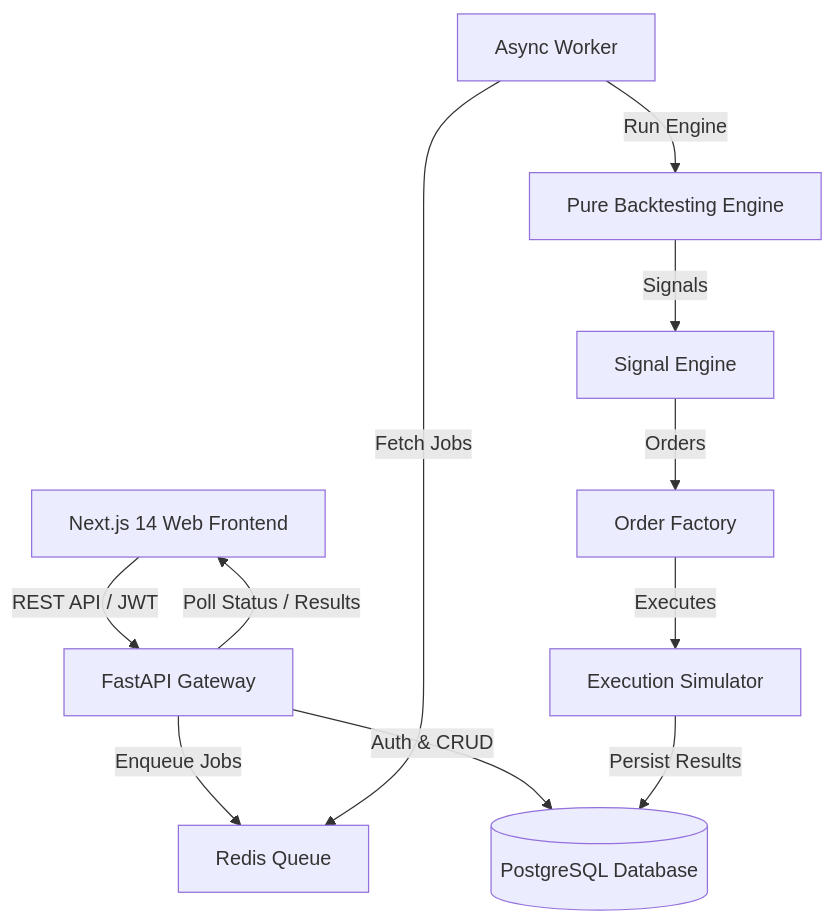
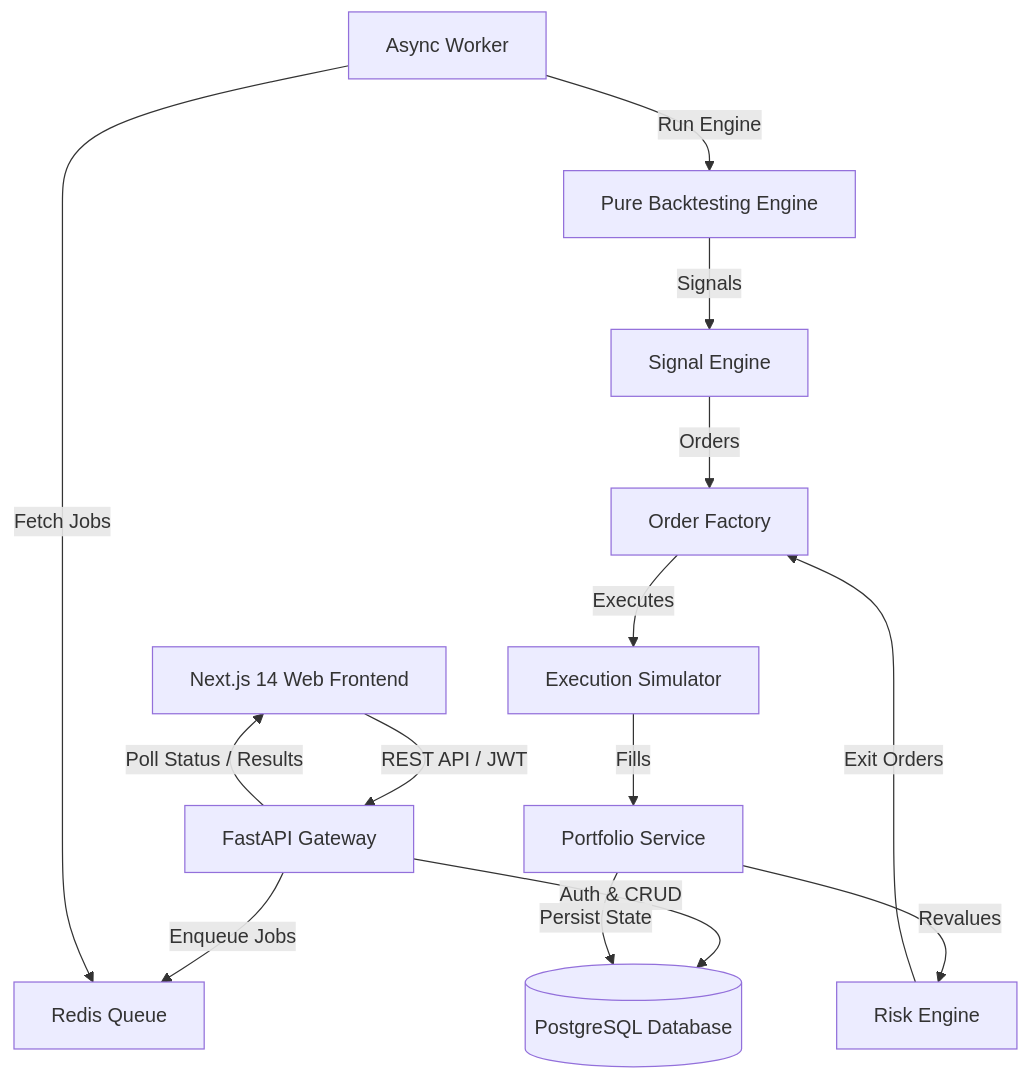
The diagram in README.md (Yuyutsu01/Bison), drawn with Mermaid before and after one commit. The commit also changed other lines of this file and 4 other files, not shown here.

Commit message:
docs: add Iteration 6 architecture, product specification, and 22-section implementation report

````diff
--- a/README.md
+++ b/README.md
@@ -26,13 +27,16 @@
 ```mermaid
 graph TD
     Client[Next.js 14 Web Frontend] -->|REST API / JWT| API[FastAPI Gateway]
     API -->|Auth & CRUD| DB[(PostgreSQL Database)]
     API -->|Enqueue Jobs| Queue[Redis Queue]
     Worker[Async Worker] -->|Fetch Jobs| Queue
     Worker -->|Run Engine| Engine[Pure Backtesting Engine]
     Engine -->|Signals| Signals[Signal Engine]
     Signals -->|Orders| Factory[Order Factory]
     Factory -->|Executes| ExecSim[Execution Simulator]
-    ExecSim -->|Persist Results| DB
+    ExecSim -->|Fills| Portfolio[Portfolio Service]
+    Portfolio -->|Revalues| Risk[Risk Engine]
+    Risk -->|Exit Orders| Factory
+    Portfolio -->|Persist State| DB
     API -->|Poll Status / Results| Client
 ```
````
